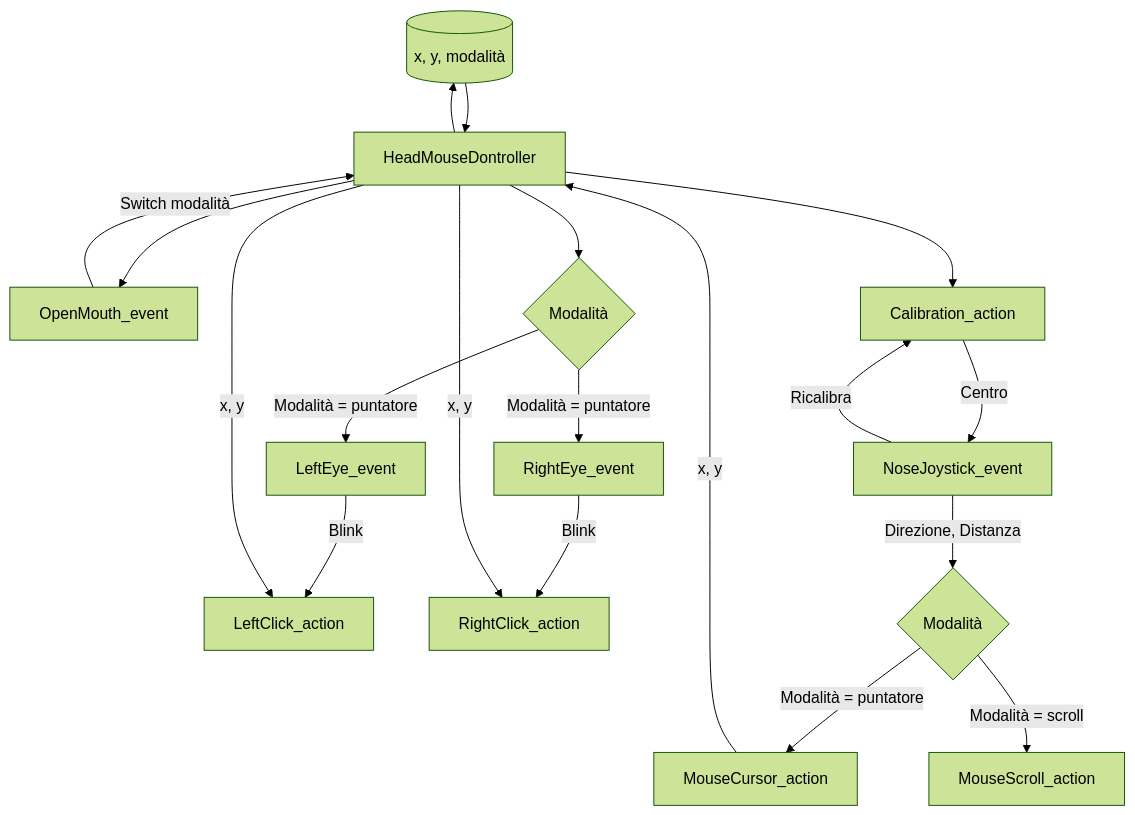
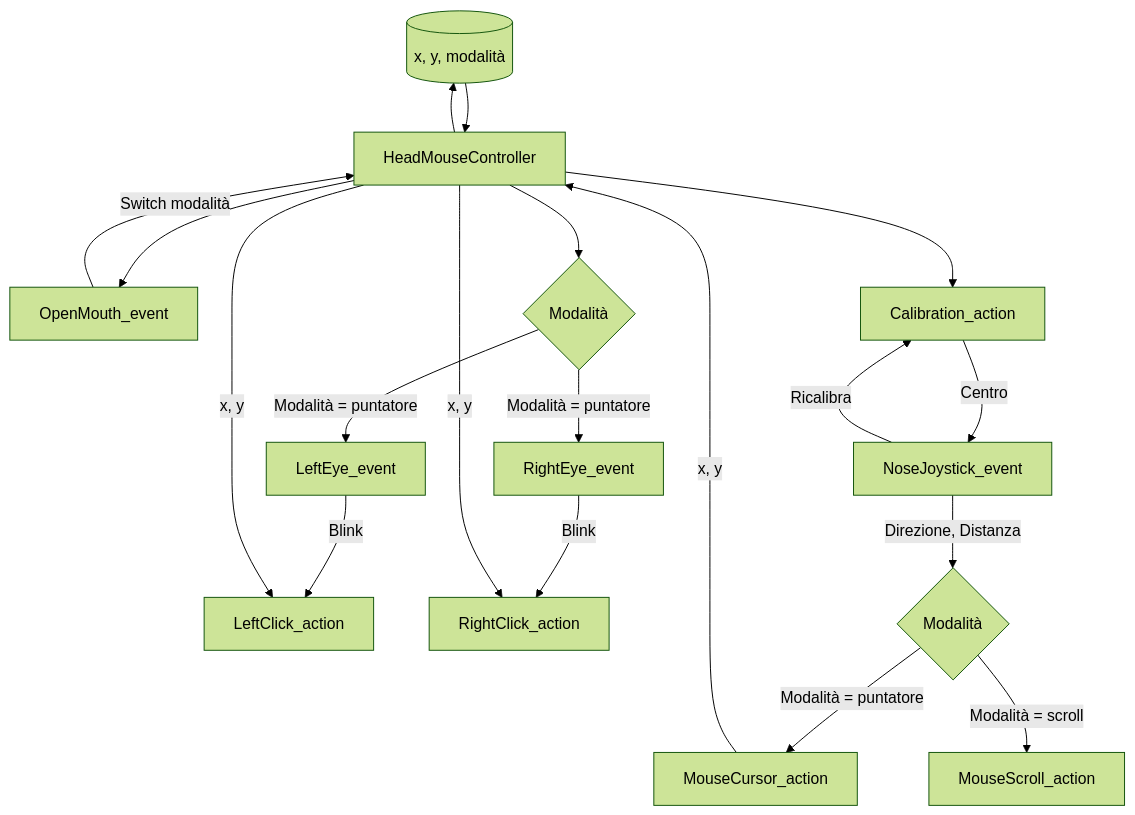
One commit to campionl/dl changed the diagram in src/mouse_facciale/v2/test_mermaid4.md. Above: the diagram before and after it, drawn with Mermaid (forest theme).

Commit message:
correz schema mermaid

````diff
--- a/src/mouse_facciale/v2/test_mermaid4.md
+++ b/src/mouse_facciale/v2/test_mermaid4.md
@@ -1,35 +1,35 @@
 ```mermaid
 flowchart TD
     db[(x, y, modalità)]
-    hmc[HeadMouseDontroller]
+    hmc[HeadMouseController]
     ome[OpenMouth_event]
     ca[Calibration_action]
     nje[NoseJoystick_event]
     mca[MouseCursor_action]
     msa[MouseScroll_action]
     lee[LeftEye_event]
     ree[RightEye_event]
     lca[LeftClick_action]
     rca[RightClick_action]
     mode1{Modalità}
     mode2{Modalità}
 
     hmc --> db
     db --> hmc
     hmc --> ca
     ca -->|"Centro"|nje
     nje -->|"Ricalibra"|ca
     hmc --> ome 
     ome -->|"Switch modalità"|hmc
     nje -->|"Direzione, Distanza"|mode1
     mode1 -->|"Modalità = puntatore"|mca
     mode1 -->|"Modalità = scroll"|msa
     mca -->|"x, y"|hmc
     hmc --> mode2
     mode2 -->|"Modalità = puntatore"|lee
     mode2 -->|"Modalità = puntatore"|ree
     lee -->|"Blink"|lca
     ree -->|"Blink"|rca
     hmc -->|"x, y"|lca
     hmc -->|"x, y"|rca
 ```
````
